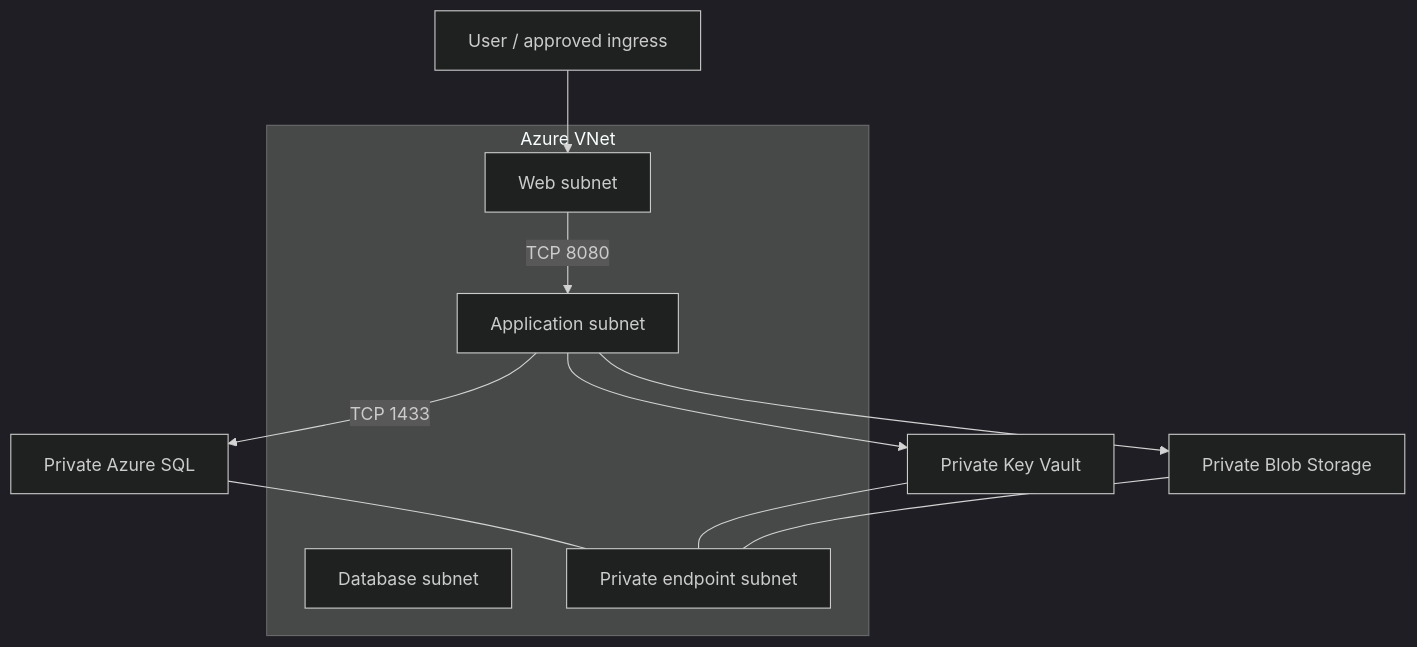
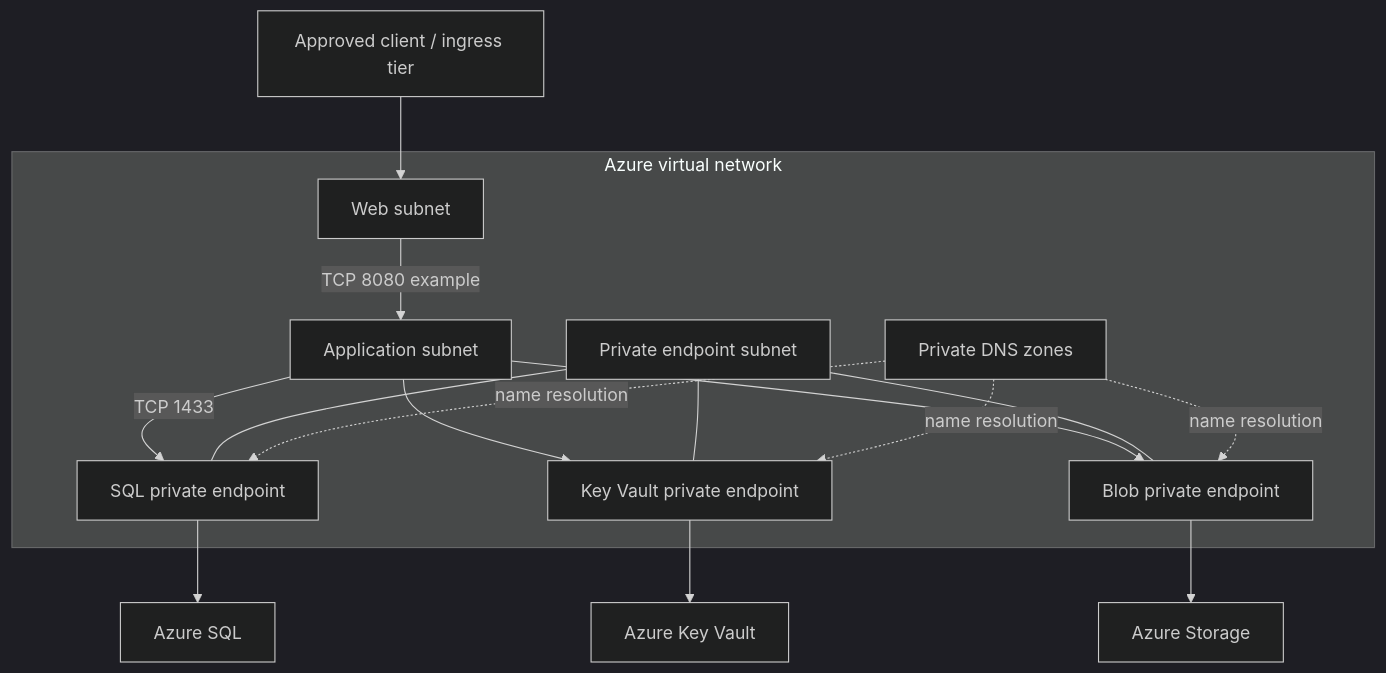
One commit to haqueamir70-coder/azure-enterprise-3-tier-architecture changed the diagram in README.md. Above: the diagram before and after it, drawn with Mermaid (dark theme). The commit also changed other lines of this file, not shown here.

````diff
--- a/README.md
+++ b/README.md
@@ -19,17 +26,19 @@
 ```mermaid
 flowchart TB
-  User[User / approved ingress] --> Web[Web subnet]
-  Web -->|TCP 8080| App[Application subnet]
-  App -->|TCP 1433| SQL[Private Azure SQL]
-  App --> KV[Private Key Vault]
-  App --> Blob[Private Blob Storage]
-  subgraph VNet[Azure VNet]
-    Web
-    App
-    DBSubnet[Database subnet]
-    PESubnet[Private endpoint subnet]
+  Client[Approved client / ingress tier] --> Web[Web subnet]
+  subgraph Network[Azure virtual network]
+    Web -->|TCP 8080 example| App[Application subnet]
+    App -->|TCP 1433| SQLPE[SQL private endpoint]
+    App --> KVPE[Key Vault private endpoint]
+    App --> BlobPE[Blob private endpoint]
+    PE[Private endpoint subnet] --- SQLPE
+    PE --- KVPE
+    PE --- BlobPE
+    DNS[Private DNS zones] -. name resolution .-> SQLPE
+    DNS -. name resolution .-> KVPE
+    DNS -. name resolution .-> BlobPE
   end
-  SQL --- PESubnet
-  KV --- PESubnet
-  Blob --- PESubnet
+  SQLPE --> SQL[Azure SQL]
+  KVPE --> KV[Azure Key Vault]
+  BlobPE --> Storage[Azure Storage]
 ```
````
